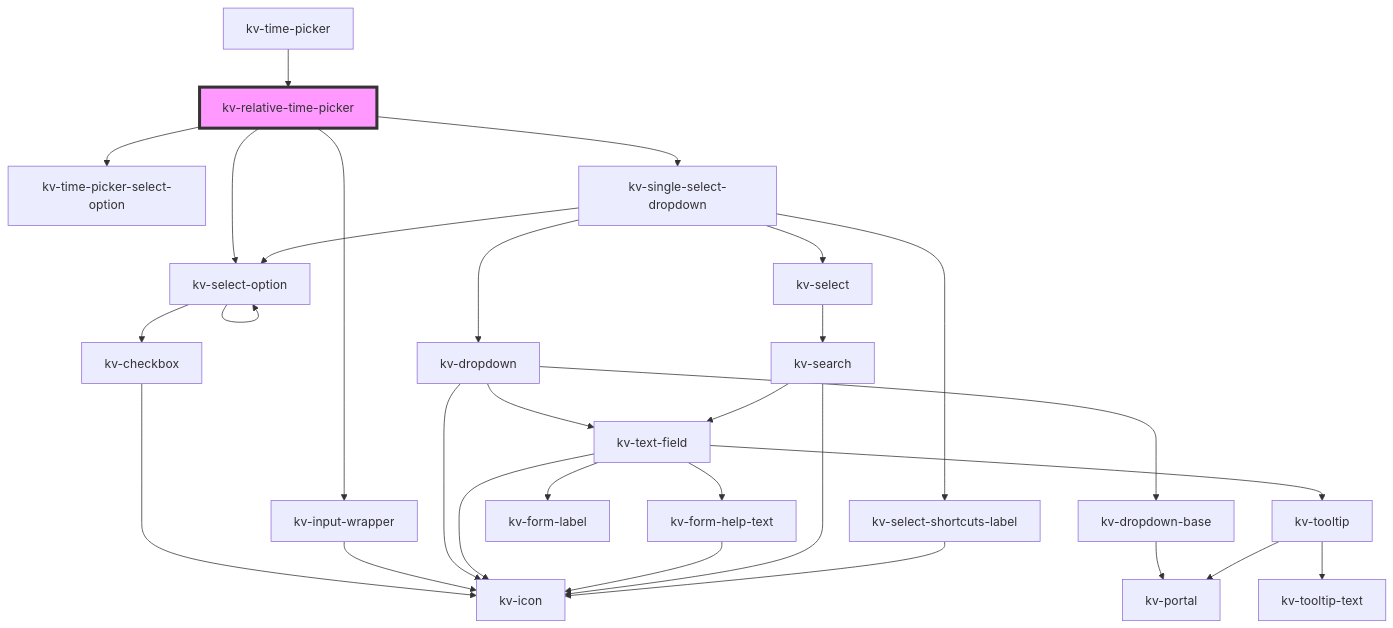
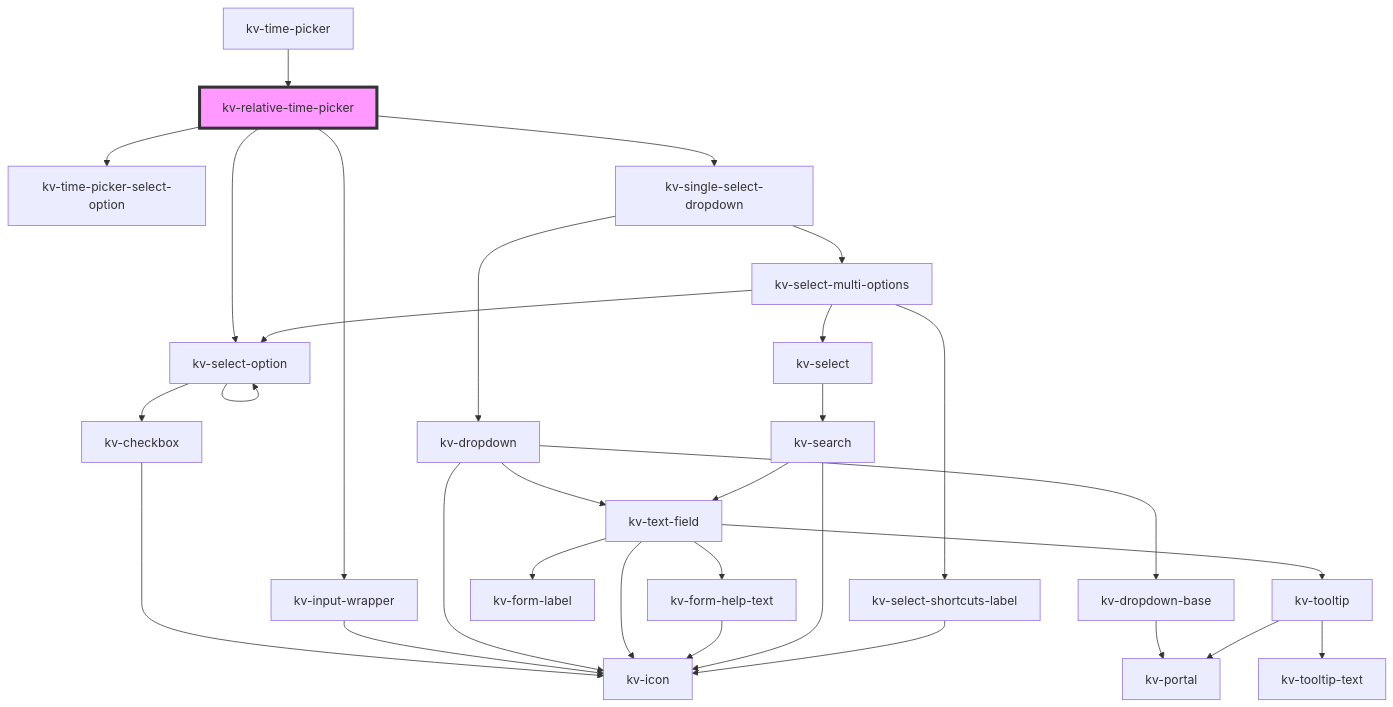
The diagram in packages/ui-components/src/components/relative-time-picker/readme.md (kelvininc/ui-components), drawn with Mermaid before and after one commit. The commit also changed 35 other files, not shown here.

First line of the commit message:
feat(dropdowns)!: reuse `kv-select-multi-options` component in `kv-single-select-dropdown` component

````diff
--- a/packages/ui-components/src/components/relative-time-picker/readme.md
+++ b/packages/ui-components/src/components/relative-time-picker/readme.md
@@ -93,32 +93,33 @@
 ```mermaid
 graph TD;
   kv-relative-time-picker --> kv-time-picker-select-option
   kv-relative-time-picker --> kv-select-option
   kv-relative-time-picker --> kv-input-wrapper
   kv-relative-time-picker --> kv-single-select-dropdown
   kv-select-option --> kv-checkbox
   kv-select-option --> kv-select-option
   kv-checkbox --> kv-icon
   kv-input-wrapper --> kv-icon
-  kv-single-select-dropdown --> kv-select-option
   kv-single-select-dropdown --> kv-dropdown
-  kv-single-select-dropdown --> kv-select
-  kv-single-select-dropdown --> kv-select-shortcuts-label
+  kv-single-select-dropdown --> kv-select-multi-options
   kv-dropdown --> kv-dropdown-base
   kv-dropdown --> kv-text-field
   kv-dropdown --> kv-icon
   kv-dropdown-base --> kv-portal
   kv-text-field --> kv-tooltip
   kv-text-field --> kv-form-label
   kv-text-field --> kv-icon
   kv-text-field --> kv-form-help-text
   kv-tooltip --> kv-portal
   kv-tooltip --> kv-tooltip-text
   kv-form-help-text --> kv-icon
+  kv-select-multi-options --> kv-select-option
+  kv-select-multi-options --> kv-select
+  kv-select-multi-options --> kv-select-shortcuts-label
   kv-select --> kv-search
   kv-search --> kv-text-field
   kv-search --> kv-icon
   kv-select-shortcuts-label --> kv-icon
   kv-time-picker --> kv-relative-time-picker
   style kv-relative-time-picker fill:#f9f,stroke:#333,stroke-width:4px
 ```
````
